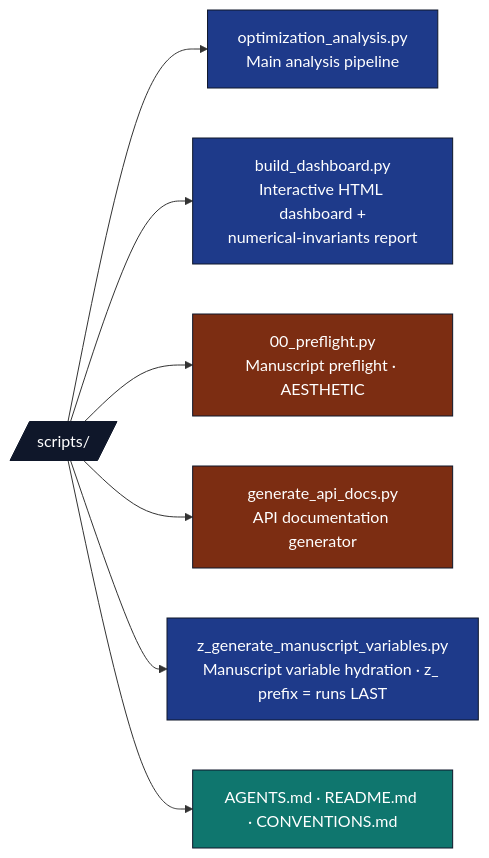
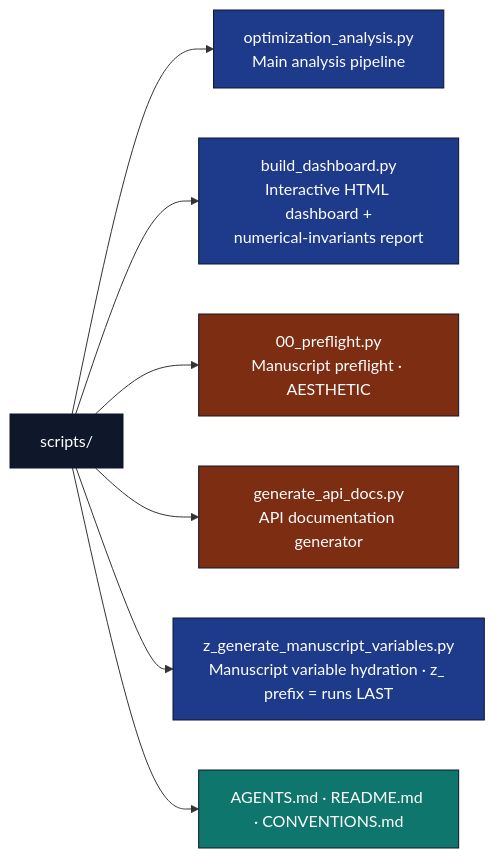
One commit to docxology/template changed the diagram in projects/templates/template_code_project/scripts/AGENTS.md. Above: the diagram before and after it, drawn with Mermaid. The commit also changed 94 other files, not shown here.

````diff
--- a/projects/templates/template_code_project/scripts/AGENTS.md
+++ b/projects/templates/template_code_project/scripts/AGENTS.md
@@ -18,19 +18,19 @@
 ```mermaid
 flowchart LR
-    SC[/scripts//]
+    SC[scripts/]
     SC --> OA[optimization_analysis.py<br/>Main analysis pipeline]
     SC --> BD[build_dashboard.py<br/>Interactive HTML dashboard +<br/>numerical-invariants report]
     SC --> PF[00_preflight.py<br/>Manuscript preflight · AESTHETIC]
     SC --> GD[generate_api_docs.py<br/>API documentation generator]
     SC --> ZGEN[z_generate_manuscript_variables.py<br/>Manuscript variable hydration · z_ prefix = runs LAST]
     SC --> DOCS[AGENTS.md · README.md · CONVENTIONS.md]
 
     classDef d fill:#0f172a,stroke:#0f172a,color:#fff
     classDef code fill:#1e3a8a,stroke:#0f172a,color:#fff
     classDef doc fill:#0f766e,stroke:#0f172a,color:#fff
     classDef aux fill:#7c2d12,stroke:#0f172a,color:#fff
     class SC d
     class OA,BD,ZGEN code
     class PF,GD aux
     class DOCS doc
 ```
````
